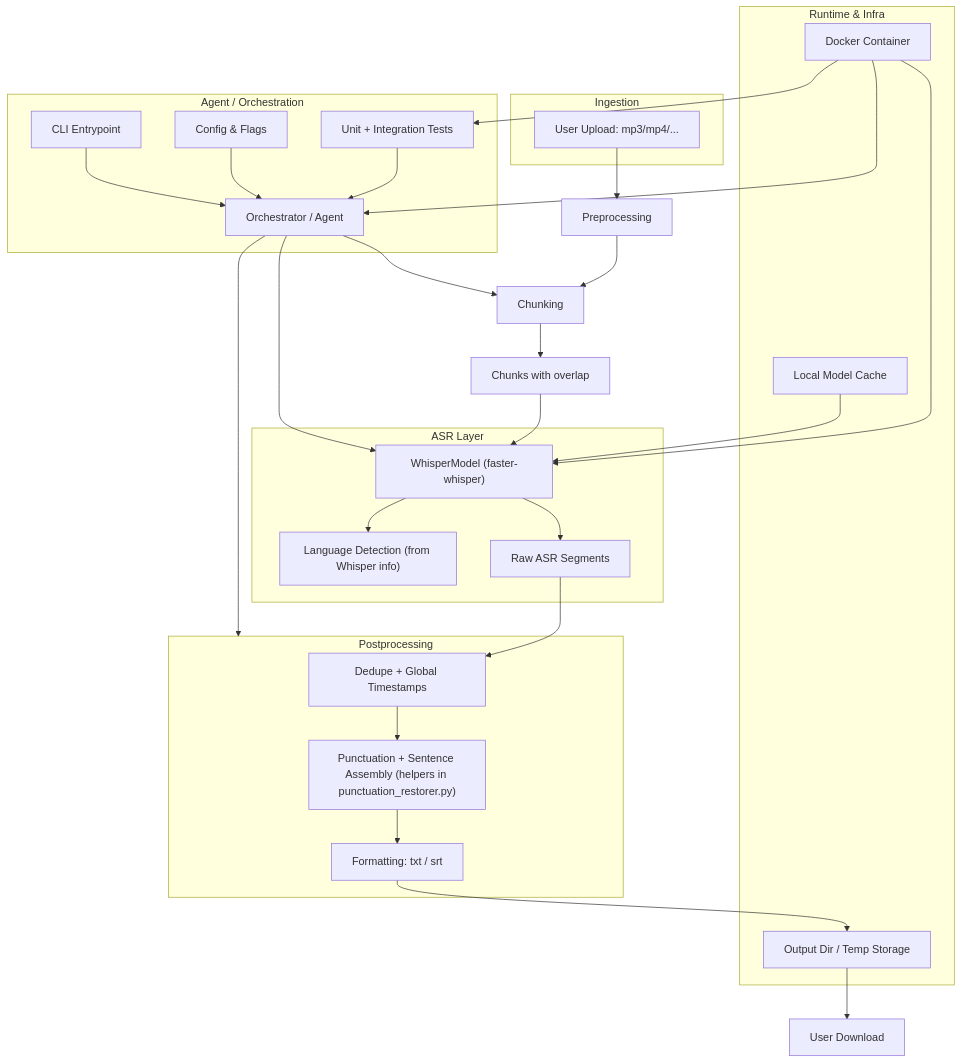
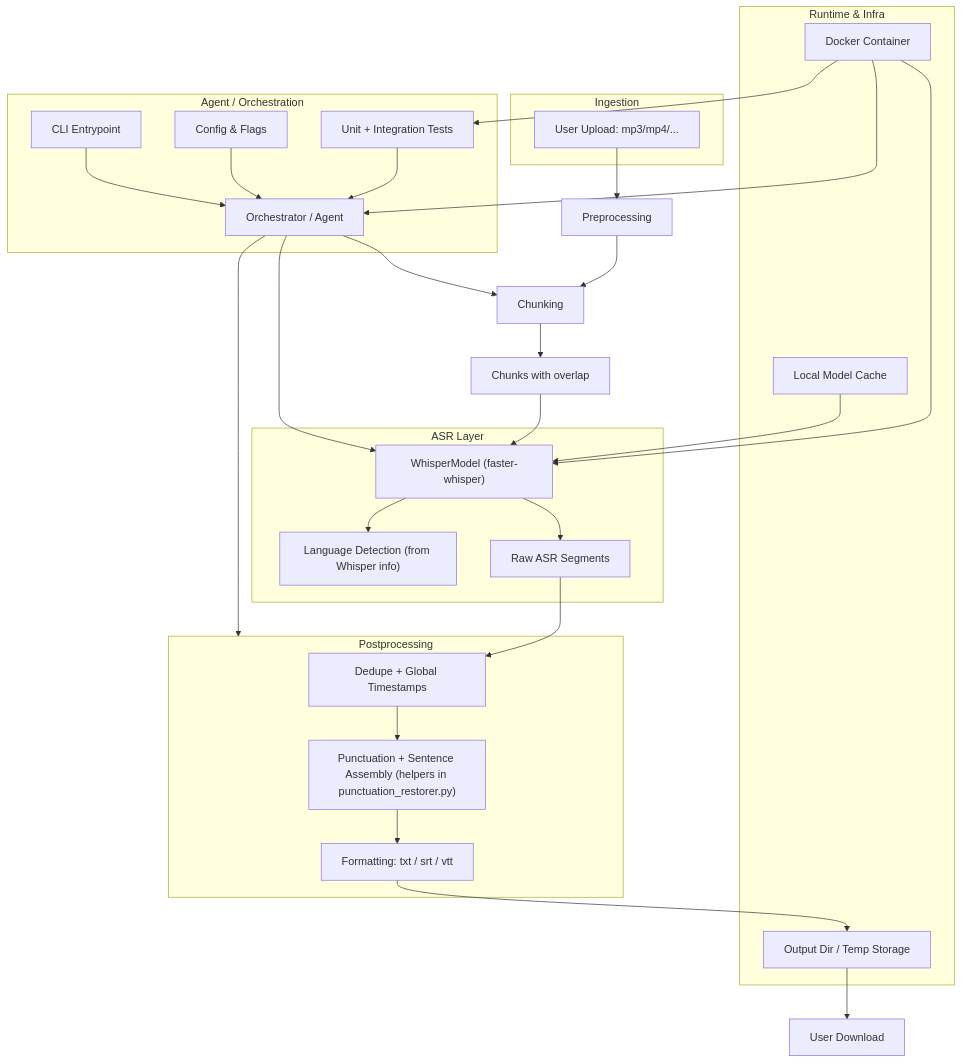
One commit to algernon725/podscripter changed the diagram in ARCHITECTURE.md. Above: the diagram before and after it, drawn with Mermaid. The commit also changed other lines of this file and 8 other files, not shown here.

First line of the commit message:
v0.16.0: add WebVTT output (--output_format vtt)

````diff
--- a/ARCHITECTURE.md
+++ b/ARCHITECTURE.md
@@ -35,54 +35,54 @@
 ```mermaid
 flowchart TD
   subgraph infra["Runtime & Infra"]
     Dock["Docker Container"]
     ModelCache["Local Model Cache"]
     Storage["Output Dir / Temp Storage"]
   end
 
   subgraph ingestion["Ingestion"]
     Upload["User Upload: mp3/mp4/..."]
   end
 
   Upload --> Pre["Preprocessing"]
 
   Pre --> Chunking["Chunking"]
   Chunking --> Chunks["Chunks with overlap"]
 
   subgraph asr["ASR Layer"]
     FW["WhisperModel (faster-whisper)"]
     LangDetect["Language Detection (from Whisper info)"]
     ASRraw["Raw ASR Segments"]
   end
   Chunks --> FW
   FW --> ASRraw
   FW --> LangDetect
 
   subgraph post["Postprocessing"]
     Dedup["Dedupe + Global Timestamps"]
     Punct["Punctuation + Sentence Assembly (helpers in punctuation_restorer.py)"]
-    Format["Formatting: txt / srt"]
+    Format["Formatting: txt / srt / vtt"]
   end
 
   ASRraw --> Dedup --> Punct --> Format --> Storage
 
   subgraph agent["Agent / Orchestration"]
     CLI["CLI Entrypoint"]
     Orch["Orchestrator / Agent"]
     Config["Config & Flags"]
     Tests["Unit + Integration Tests"]
   end
 
   Dock --> FW
   Dock --> Orch
   Dock --> Tests
   ModelCache --> FW
   Config --> Orch
   CLI --> Orch
   Orch --> Chunking
   Orch --> FW
   Orch --> post
   Tests --> Orch
 
   Storage --> User["User Download"]
 ```
````
